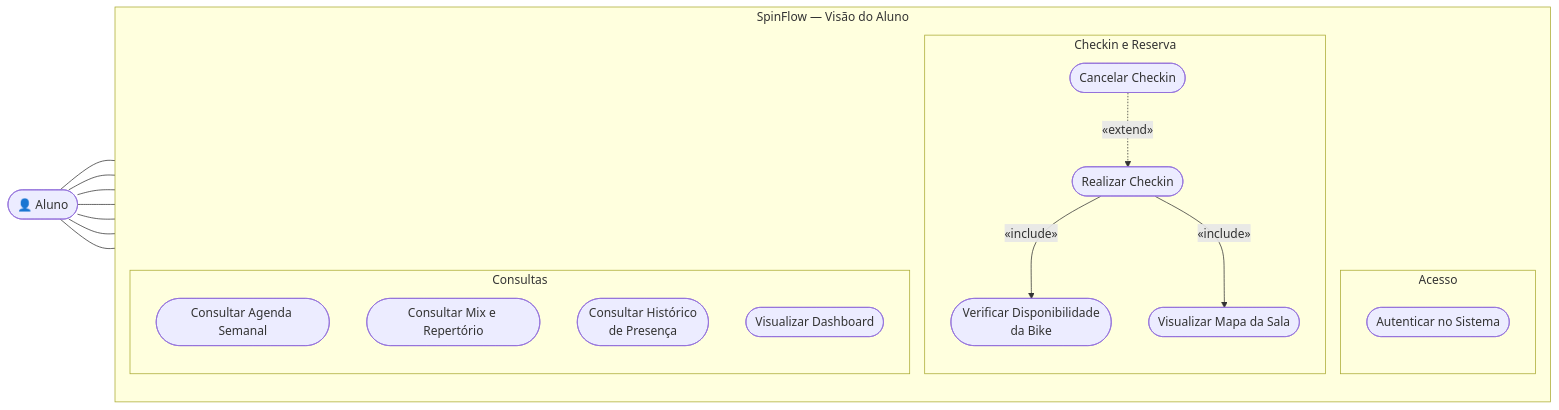
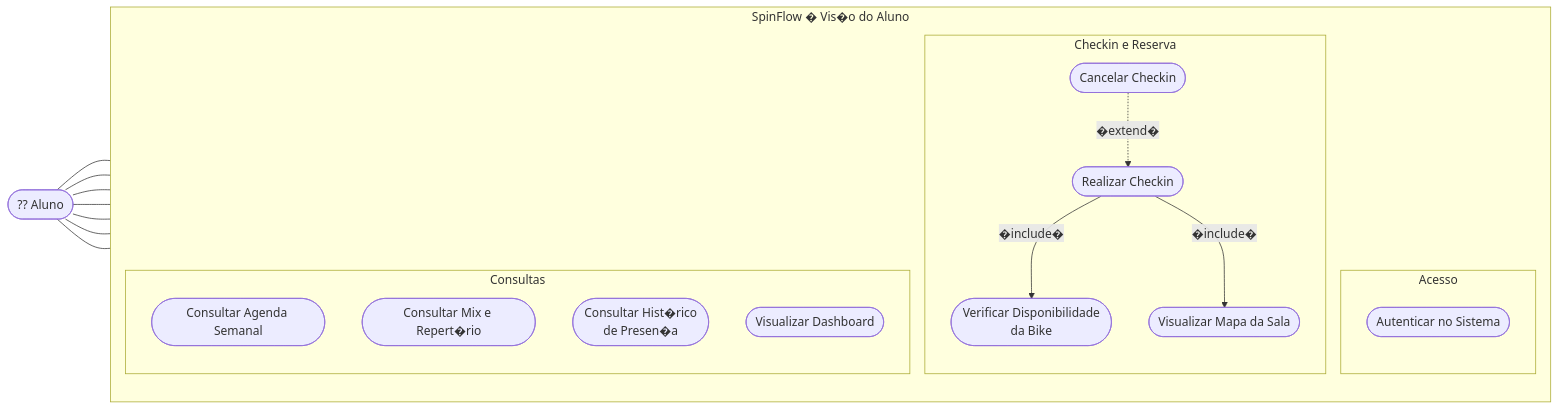
The first of 2 diagrams in docs/diagramas/dcug.md (heliokamakawa/spin_flow_pt_br), drawn with Mermaid before and after one commit. The commit also changed other lines of this file and 364 other files, not shown here.

````diff
--- a/docs/diagramas/dcug.md
+++ b/docs/diagramas/dcug.md
@@ -3,42 +3,42 @@
 ```mermaid
 flowchart LR
-    Aluno(["👤 Aluno"])
+    Aluno(["?? Aluno"])
 
-    subgraph SpinFlow["SpinFlow — Visão do Aluno"]
+    subgraph SpinFlow["SpinFlow � Vis�o do Aluno"]
         direction TB
 
         subgraph SG1["Acesso"]
             UC01(["Autenticar no Sistema"])
         end
 
         subgraph SG2["Checkin e Reserva"]
             UC02(["Realizar Checkin"])
             UC03(["Verificar Disponibilidade\nda Bike"])
             UC04(["Visualizar Mapa da Sala"])
             UC05(["Cancelar Checkin"])
         end
 
         subgraph SG3["Consultas"]
             UC14(["Consultar Agenda Semanal"])
-            UC15(["Consultar Mix e Repertório"])
-            UC16(["Consultar Histórico\nde Presença"])
+            UC15(["Consultar Mix e Repert�rio"])
+            UC16(["Consultar Hist�rico\nde Presen�a"])
             UC17(["Visualizar Dashboard"])
         end
     end
 
-    %% ── Associações ─────────────────────────────────────────────
+    %% -- Associa��es ---------------------------------------------
     Aluno --- UC01
     Aluno --- UC02
     Aluno --- UC05
     Aluno --- UC14
     Aluno --- UC15
     Aluno --- UC16
     Aluno --- UC17
 
-    %% ── «include» ───────────────────────────────────────────────
-    UC02 -->|"«include»"| UC03
-    UC02 -->|"«include»"| UC04
+    %% -- �include� -----------------------------------------------
+    UC02 -->|"�include�"| UC03
+    UC02 -->|"�include�"| UC04
 
-    %% ── «extend» ────────────────────────────────────────────────
-    UC05 -.->|"«extend»"| UC02
+    %% -- �extend� ------------------------------------------------
+    UC05 -.->|"�extend�"| UC02
 ```
````
